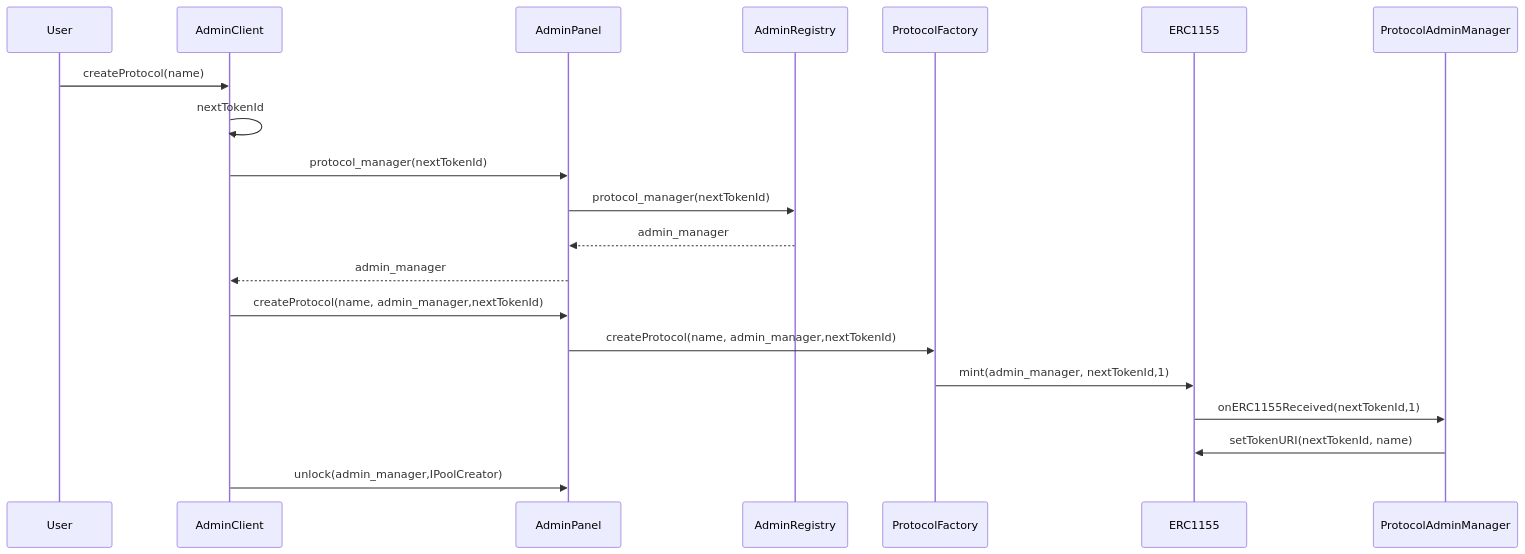
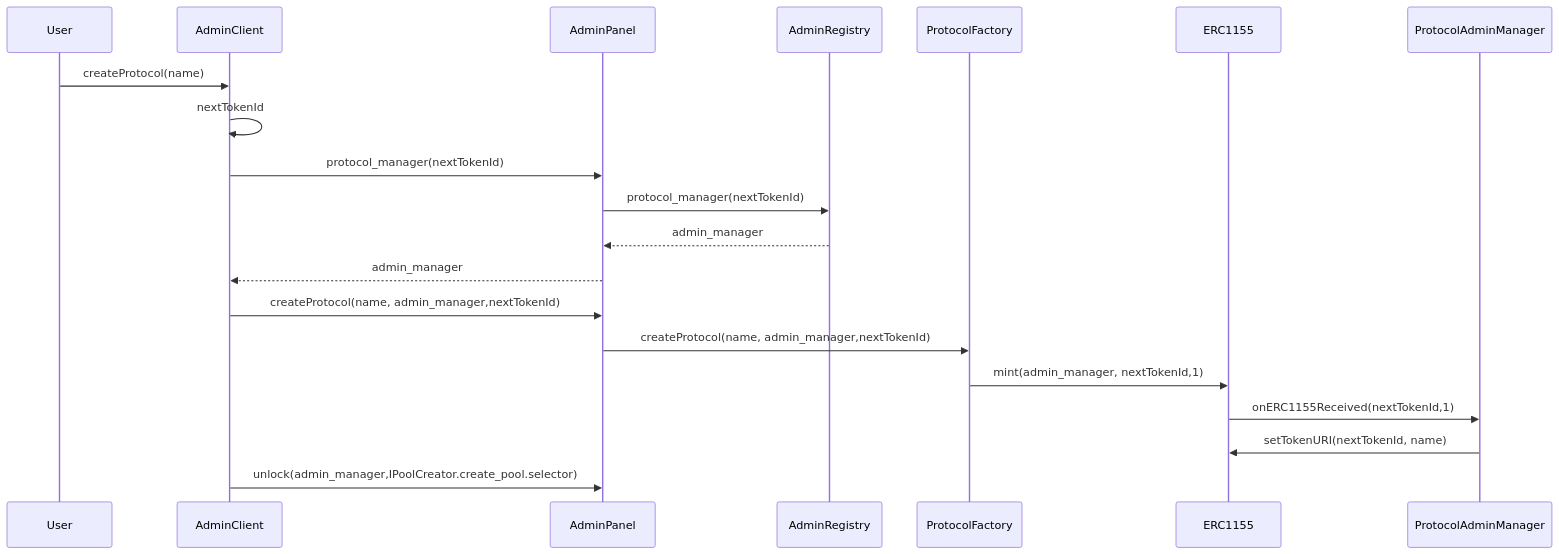
One commit to JMSBPP/hook-bazaar-monorepo changed the diagram in contracts/protocol-pkg/diagrams/sequence.mmd. Above: the diagram before and after it, drawn with Mermaid. The commit also changed 10 other files, not shown here.

First line of the commit message:
fix: register create_protocol selector correctly in diamond initialization

```diff
--- a/contracts/protocol-pkg/diagrams/sequence.mmd
+++ b/contracts/protocol-pkg/diagrams/sequence.mmd
@@ -1,14 +1,14 @@
 sequenceDiagram
 
     User->>AdminClient:createProtocol(name)
     AdminClient ->> AdminClient:nextTokenId 
     AdminClient->>AdminPanel: protocol_manager(nextTokenId)
     AdminPanel->>AdminRegistry: protocol_manager(nextTokenId)
     AdminRegistry-->>AdminPanel:admin_manager
     AdminPanel-->>AdminClient:admin_manager
     AdminClient->>AdminPanel:createProtocol(name, admin_manager,nextTokenId)
     AdminPanel->>ProtocolFactory:createProtocol(name, admin_manager,nextTokenId)
     ProtocolFactory->>ERC1155:mint(admin_manager, nextTokenId,1)
     ERC1155->>ProtocolAdminManager:onERC1155Received(nextTokenId,1)
     ProtocolAdminManager->>ERC1155:setTokenURI(nextTokenId, name)
-    AdminClient->>AdminPanel:unlock(admin_manager,IPoolCreator)
+    AdminClient->>AdminPanel:unlock(admin_manager,IPoolCreator.create_pool.selector)
```
